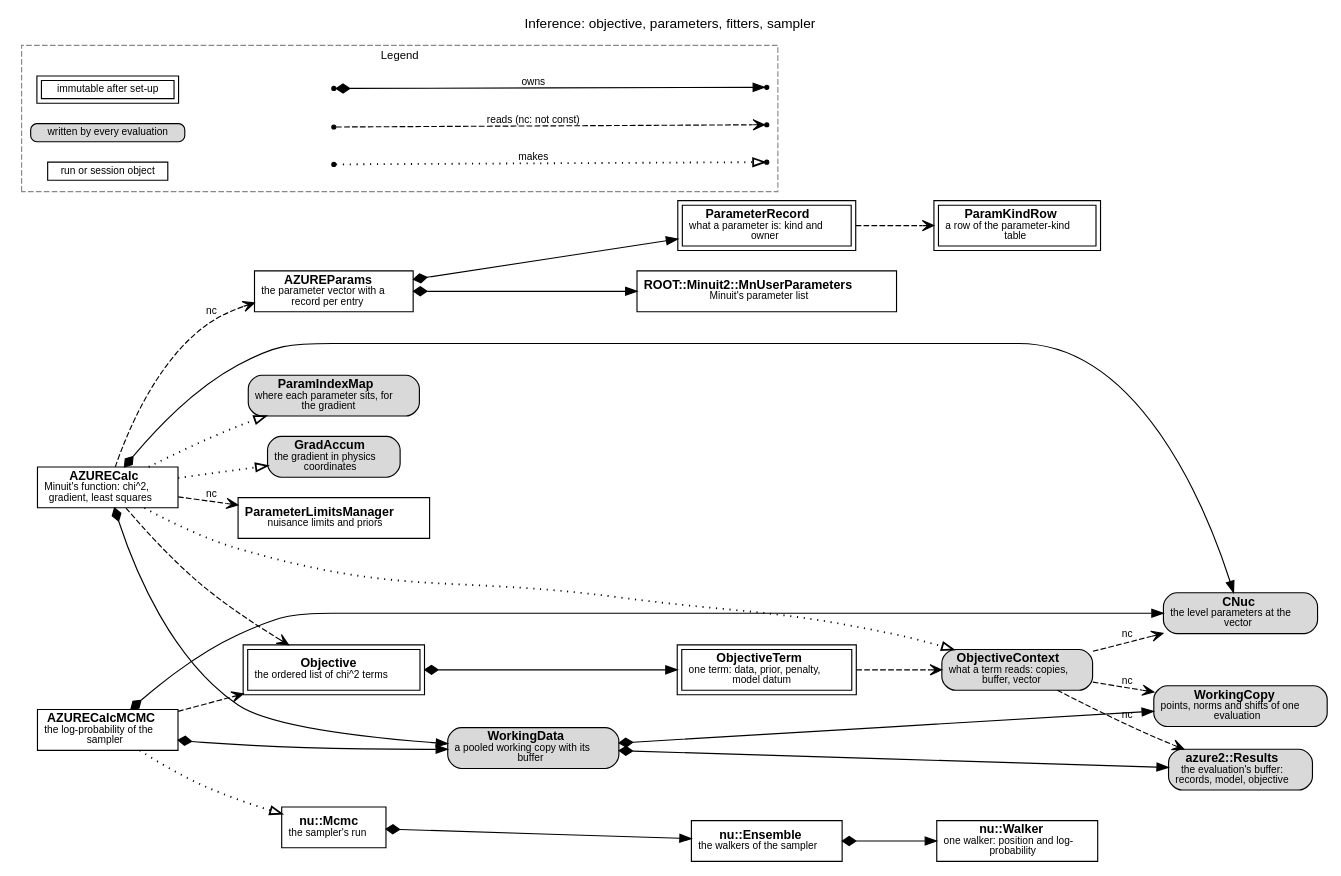
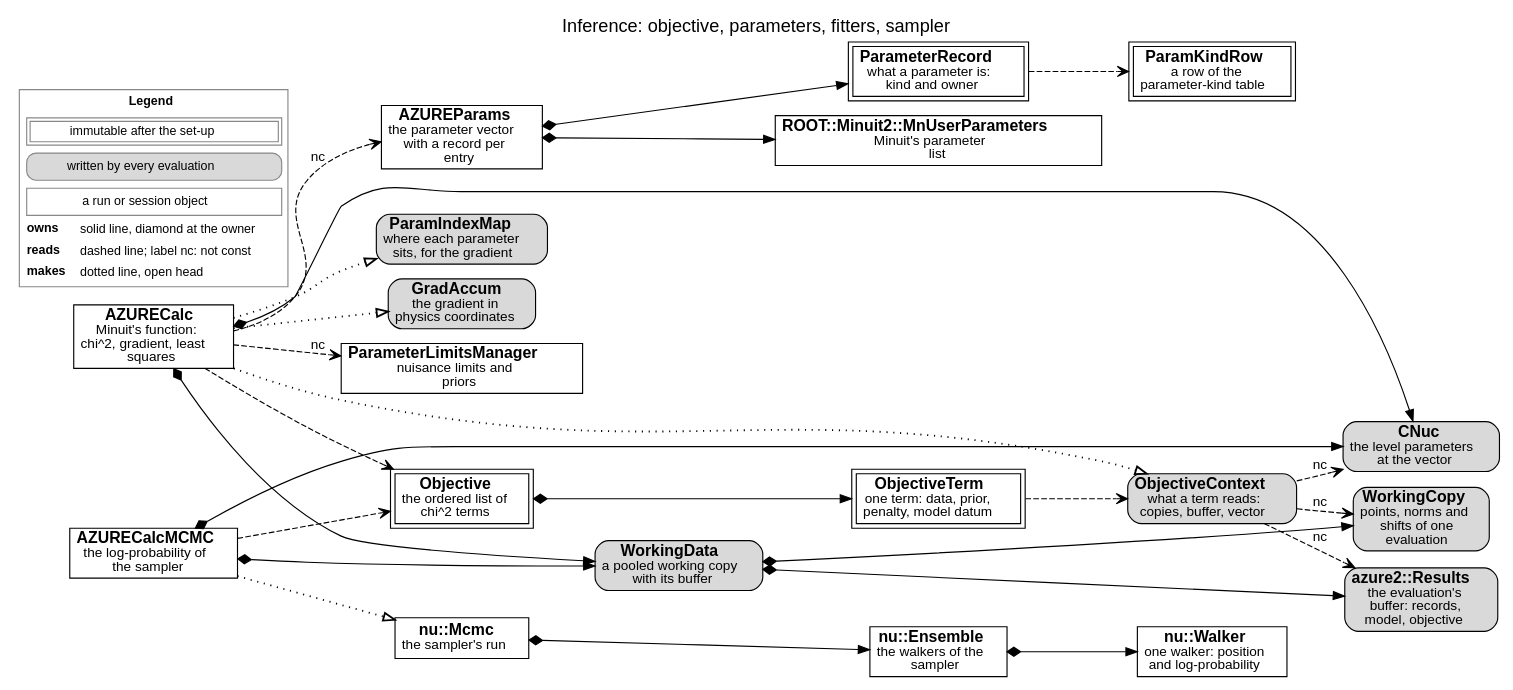
Before and after one commit to AZURE2DEV/AZURE2: the diagram in docs/source/developer/figures/inference.dot, drawn with Graphviz. The commit also changed 11 other files, not shown here.

```diff
--- a/docs/source/developer/figures/inference.dot
+++ b/docs/source/developer/figures/inference.dot
@@ -1,62 +1,49 @@
 digraph inference {
-  graph [rankdir=LR, fontname="Helvetica", fontsize=12, labelloc=t, label="Inference: objective, parameters, fitters, sampler", nodesep=0.25, ranksep=0.45, newrank=true];
-  node [fontname="Helvetica", fontsize=11, margin="0.08,0.04"];
-  edge [fontname="Helvetica", fontsize=9];
-  n_AZURECalc [label=<<b>AZURECalc</b><br/><font point-size="9">Minuit&#x27;s function: chi^2,<br/>gradient, least squares</font>>, shape=box, style="filled", fillcolor="white"];
-  n_WorkingData [label=<<b>WorkingData</b><br/><font point-size="9">a pooled working copy with its<br/>buffer</font>>, shape=box, style="rounded,filled", fillcolor="#d9d9d9"];
-  n_CNuc [label=<<b>CNuc</b><br/><font point-size="9">the level parameters at the<br/>vector</font>>, shape=box, style="rounded,filled", fillcolor="#d9d9d9"];
-  n_WorkingCopy [label=<<b>WorkingCopy</b><br/><font point-size="9">points, norms and shifts of one<br/>evaluation</font>>, shape=box, style="rounded,filled", fillcolor="#d9d9d9"];
-  n_azure2__Results [label=<<b>azure2::Results</b><br/><font point-size="9">the evaluation&#x27;s buffer:<br/>records, model, objective</font>>, shape=box, style="rounded,filled", fillcolor="#d9d9d9"];
-  n_ObjectiveContext [label=<<b>ObjectiveContext</b><br/><font point-size="9">what a term reads: copies,<br/>buffer, vector</font>>, shape=box, style="rounded,filled", fillcolor="#d9d9d9"];
-  n_Objective [label=<<b>Objective</b><br/><font point-size="9">the ordered list of chi^2 terms</font>>, shape=box, peripheries=2, style="filled", fillcolor="white"];
-  n_ObjectiveTerm [label=<<b>ObjectiveTerm</b><br/><font point-size="9">one term: data, prior, penalty,<br/>model datum</font>>, shape=box, peripheries=2, style="filled", fillcolor="white"];
-  n_AZUREParams [label=<<b>AZUREParams</b><br/><font point-size="9">the parameter vector with a<br/>record per entry</font>>, shape=box, style="filled", fillcolor="white"];
-  n_ROOT__Minuit2__MnUserParameters [label=<<b>ROOT::Minuit2::MnUserParameters</b><br/><font point-size="9">Minuit&#x27;s parameter list</font>>, shape=box, style="filled", fillcolor="white"];
-  n_ParameterRecord [label=<<b>ParameterRecord</b><br/><font point-size="9">what a parameter is: kind and<br/>owner</font>>, shape=box, peripheries=2, style="filled", fillcolor="white"];
-  n_ParamKindRow [label=<<b>ParamKindRow</b><br/><font point-size="9">a row of the parameter-kind<br/>table</font>>, shape=box, peripheries=2, style="filled", fillcolor="white"];
-  n_ParamIndexMap [label=<<b>ParamIndexMap</b><br/><font point-size="9">where each parameter sits, for<br/>the gradient</font>>, shape=box, style="rounded,filled", fillcolor="#d9d9d9"];
-  n_GradAccum [label=<<b>GradAccum</b><br/><font point-size="9">the gradient in physics<br/>coordinates</font>>, shape=box, style="rounded,filled", fillcolor="#d9d9d9"];
-  n_ParameterLimitsManager [label=<<b>ParameterLimitsManager</b><br/><font point-size="9">nuisance limits and priors</font>>, shape=box, style="filled", fillcolor="white"];
-  n_AZURECalcMCMC [label=<<b>AZURECalcMCMC</b><br/><font point-size="9">the log-probability of the<br/>sampler</font>>, shape=box, style="filled", fillcolor="white"];
-  n_nu__Mcmc [label=<<b>nu::Mcmc</b><br/><font point-size="9">the sampler&#x27;s run</font>>, shape=box, style="filled", fillcolor="white"];
-  n_nu__Ensemble [label=<<b>nu::Ensemble</b><br/><font point-size="9">the walkers of the sampler</font>>, shape=box, style="filled", fillcolor="white"];
-  n_nu__Walker [label=<<b>nu::Walker</b><br/><font point-size="9">one walker: position and log-<br/>probability</font>>, shape=box, style="filled", fillcolor="white"];
+  graph [rankdir=LR, fontname="Helvetica", fontsize=16, labelloc=t, label="Inference: objective, parameters, fitters, sampler", nodesep=0.18, ranksep=0.3, newrank=true];
+  node [fontname="Helvetica", fontsize=14, margin="0.08,0.04"];
+  edge [fontname="Helvetica", fontsize=12];
+  n_AZURECalc [label=<<b>AZURECalc</b><br/><font point-size="12">Minuit&#x27;s function:<br/>chi^2, gradient, least<br/>squares</font>>, shape=box, style="filled", fillcolor="white"];
+  n_WorkingData [label=<<b>WorkingData</b><br/><font point-size="12">a pooled working copy<br/>with its buffer</font>>, shape=box, style="rounded,filled", fillcolor="#d9d9d9"];
+  n_CNuc [label=<<b>CNuc</b><br/><font point-size="12">the level parameters<br/>at the vector</font>>, shape=box, style="rounded,filled", fillcolor="#d9d9d9"];
+  n_WorkingCopy [label=<<b>WorkingCopy</b><br/><font point-size="12">points, norms and<br/>shifts of one<br/>evaluation</font>>, shape=box, style="rounded,filled", fillcolor="#d9d9d9"];
+  n_azure2__Results [label=<<b>azure2::Results</b><br/><font point-size="12">the evaluation&#x27;s<br/>buffer: records,<br/>model, objective</font>>, shape=box, style="rounded,filled", fillcolor="#d9d9d9"];
+  n_ObjectiveContext [label=<<b>ObjectiveContext</b><br/><font point-size="12">what a term reads:<br/>copies, buffer, vector</font>>, shape=box, style="rounded,filled", fillcolor="#d9d9d9"];
+  n_Objective [label=<<b>Objective</b><br/><font point-size="12">the ordered list of<br/>chi^2 terms</font>>, shape=box, peripheries=2, style="filled", fillcolor="white"];
+  n_ObjectiveTerm [label=<<b>ObjectiveTerm</b><br/><font point-size="12">one term: data, prior,<br/>penalty, model datum</font>>, shape=box, peripheries=2, style="filled", fillcolor="white"];
+  n_AZUREParams [label=<<b>AZUREParams</b><br/><font point-size="12">the parameter vector<br/>with a record per<br/>entry</font>>, shape=box, style="filled", fillcolor="white"];
+  n_ROOT__Minuit2__MnUserParameters [label=<<b>ROOT::Minuit2::MnUserParameters</b><br/><font point-size="12">Minuit&#x27;s parameter<br/>list</font>>, shape=box, style="filled", fillcolor="white"];
+  n_ParameterRecord [label=<<b>ParameterRecord</b><br/><font point-size="12">what a parameter is:<br/>kind and owner</font>>, shape=box, peripheries=2, style="filled", fillcolor="white"];
+  n_ParamKindRow [label=<<b>ParamKindRow</b><br/><font point-size="12">a row of the<br/>parameter-kind table</font>>, shape=box, peripheries=2, style="filled", fillcolor="white"];
+  n_ParamIndexMap [label=<<b>ParamIndexMap</b><br/><font point-size="12">where each parameter<br/>sits, for the gradient</font>>, shape=box, style="rounded,filled", fillcolor="#d9d9d9"];
+  n_GradAccum [label=<<b>GradAccum</b><br/><font point-size="12">the gradient in<br/>physics coordinates</font>>, shape=box, style="rounded,filled", fillcolor="#d9d9d9"];
+  n_ParameterLimitsManager [label=<<b>ParameterLimitsManager</b><br/><font point-size="12">nuisance limits and<br/>priors</font>>, shape=box, style="filled", fillcolor="white"];
+  n_AZURECalcMCMC [label=<<b>AZURECalcMCMC</b><br/><font point-size="12">the log-probability of<br/>the sampler</font>>, shape=box, style="filled", fillcolor="white"];
+  n_nu__Mcmc [label=<<b>nu::Mcmc</b><br/><font point-size="12">the sampler&#x27;s run</font>>, shape=box, style="filled", fillcolor="white"];
+  n_nu__Ensemble [label=<<b>nu::Ensemble</b><br/><font point-size="12">the walkers of the<br/>sampler</font>>, shape=box, style="filled", fillcolor="white"];
+  n_nu__Walker [label=<<b>nu::Walker</b><br/><font point-size="12">one walker: position<br/>and log-probability</font>>, shape=box, style="filled", fillcolor="white"];
   n_AZURECalc -> n_WorkingData [style=solid, dir=both, arrowtail=diamond, arrowhead=normal];
   n_AZURECalc -> n_CNuc [style=solid, dir=both, arrowtail=diamond, arrowhead=normal];
   n_WorkingData -> n_WorkingCopy [style=solid, dir=both, arrowtail=diamond, arrowhead=normal];
   n_WorkingData -> n_azure2__Results [style=solid, dir=both, arrowtail=diamond, arrowhead=normal];
   n_AZURECalc -> n_ObjectiveContext [style=dotted, penwidth=1.6, arrowhead=empty];
   n_ObjectiveContext -> n_CNuc [style=dashed, arrowhead=vee, label=" nc"];
   n_ObjectiveContext -> n_WorkingCopy [style=dashed, arrowhead=vee, label=" nc"];
   n_ObjectiveContext -> n_azure2__Results [style=dashed, arrowhead=vee, label=" nc"];
   n_Objective -> n_ObjectiveTerm [style=solid, dir=both, arrowtail=diamond, arrowhead=normal];
   n_ObjectiveTerm -> n_ObjectiveContext [style=dashed, arrowhead=vee];
   n_AZURECalc -> n_ParameterLimitsManager [style=dashed, arrowhead=vee, label=" nc"];
   n_AZUREParams -> n_ROOT__Minuit2__MnUserParameters [style=solid, dir=both, arrowtail=diamond, arrowhead=normal];
   n_AZUREParams -> n_ParameterRecord [style=solid, dir=both, arrowtail=diamond, arrowhead=normal];
   n_ParameterRecord -> n_ParamKindRow [style=dashed, arrowhead=vee];
   n_AZURECalc -> n_ParamIndexMap [style=dotted, penwidth=1.6, arrowhead=empty];
   n_AZURECalc -> n_GradAccum [style=dotted, penwidth=1.6, arrowhead=empty];
   n_AZURECalcMCMC -> n_WorkingData [style=solid, dir=both, arrowtail=diamond, arrowhead=normal];
   n_AZURECalcMCMC -> n_CNuc [style=solid, dir=both, arrowtail=diamond, arrowhead=normal];
   n_nu__Mcmc -> n_nu__Ensemble [style=solid, dir=both, arrowtail=diamond, arrowhead=normal];
   n_nu__Ensemble -> n_nu__Walker [style=solid, dir=both, arrowtail=diamond, arrowhead=normal];
   n_AZURECalc -> n_Objective [style=dashed, arrowhead=vee];
   n_AZURECalc -> n_AZUREParams [style=dashed, arrowhead=vee, label=" nc"];
   n_AZURECalcMCMC -> n_nu__Mcmc [style=dotted, penwidth=1.6, arrowhead=empty];
   n_AZURECalcMCMC -> n_Objective [style=dashed, arrowhead=vee];
-  subgraph cluster_legend {
-    label="Legend"; fontsize=10; style=dashed; color="#888888";
-    node [fontname="Helvetica", fontsize=9, width=0.2, height=0.2];
-    l_imm [label="immutable after set-up", shape=box, peripheries=2, style="filled", fillcolor="white"];
-    l_ev [label="written by every evaluation", shape=box, style="rounded,filled", fillcolor="#d9d9d9"];
-    l_run [label="run or session object", shape=box, style="filled", fillcolor="white"];
-    l1 [shape=point, width=0.05]; l2 [shape=point, width=0.05]; l3 [shape=point, width=0.05];
-    l4 [shape=point, width=0.05]; l5 [shape=point, width=0.05]; l6 [shape=point, width=0.05];
-    l1 -> l2 [style=solid, dir=both, arrowtail=diamond, arrowhead=normal, label=" owns", fontsize=9, fontname="Helvetica"];
-    l3 -> l4 [style=dashed, arrowhead=vee, label=" reads (nc: not const)", fontsize=9, fontname="Helvetica"];
-    l5 -> l6 [style=dotted, penwidth=1.6, arrowhead=empty, label=" makes", fontsize=9, fontname="Helvetica"];
-    {rank=same; l_imm; l_ev; l_run;}
-    l_imm -> l1 [style=invis]; l_ev -> l3 [style=invis]; l_run -> l5 [style=invis];
-  }
+  legend [shape=plaintext, fontsize=11, label=<<TABLE BORDER="1" CELLBORDER="0" CELLSPACING="3" COLOR="#888888"><TR><TD COLSPAN="2"><B>Legend</B></TD></TR><TR><TD COLSPAN="2"><TABLE BORDER="1" CELLBORDER="1" CELLSPACING="2" CELLPADDING="2"><TR><TD>immutable after the set-up</TD></TR></TABLE></TD></TR><TR><TD COLSPAN="2"><TABLE BORDER="1" CELLBORDER="0" CELLPADDING="3" STYLE="rounded" BGCOLOR="#d9d9d9"><TR><TD>written by every evaluation</TD></TR></TABLE></TD></TR><TR><TD COLSPAN="2"><TABLE BORDER="1" CELLBORDER="0" CELLPADDING="3" ><TR><TD>a run or session object</TD></TR></TABLE></TD></TR><TR><TD ALIGN="LEFT"><B>owns</B></TD><TD ALIGN="LEFT">solid line, diamond at the owner</TD></TR><TR><TD ALIGN="LEFT"><B>reads</B></TD><TD ALIGN="LEFT">dashed line; label nc: not const</TD></TR><TR><TD ALIGN="LEFT"><B>makes</B></TD><TD ALIGN="LEFT">dotted line, open head</TD></TR></TABLE>>];
 }
```
